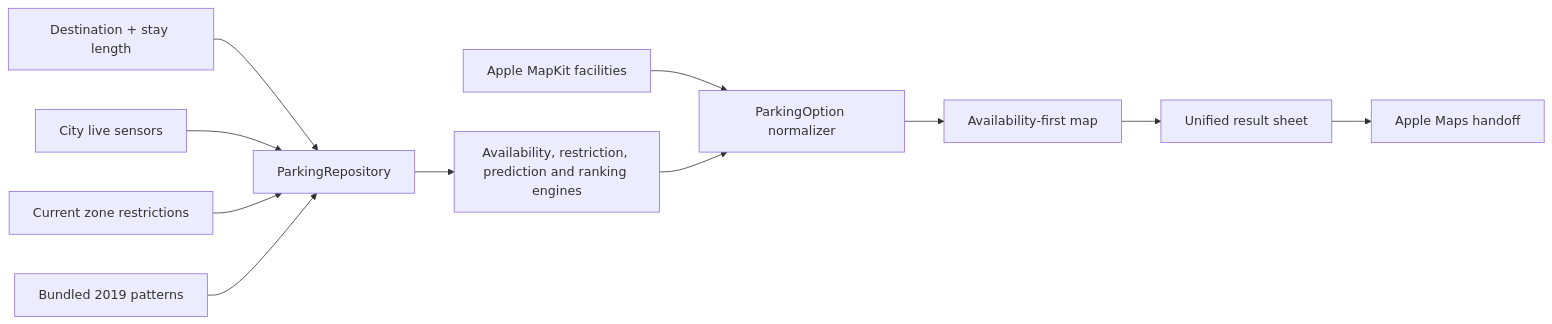
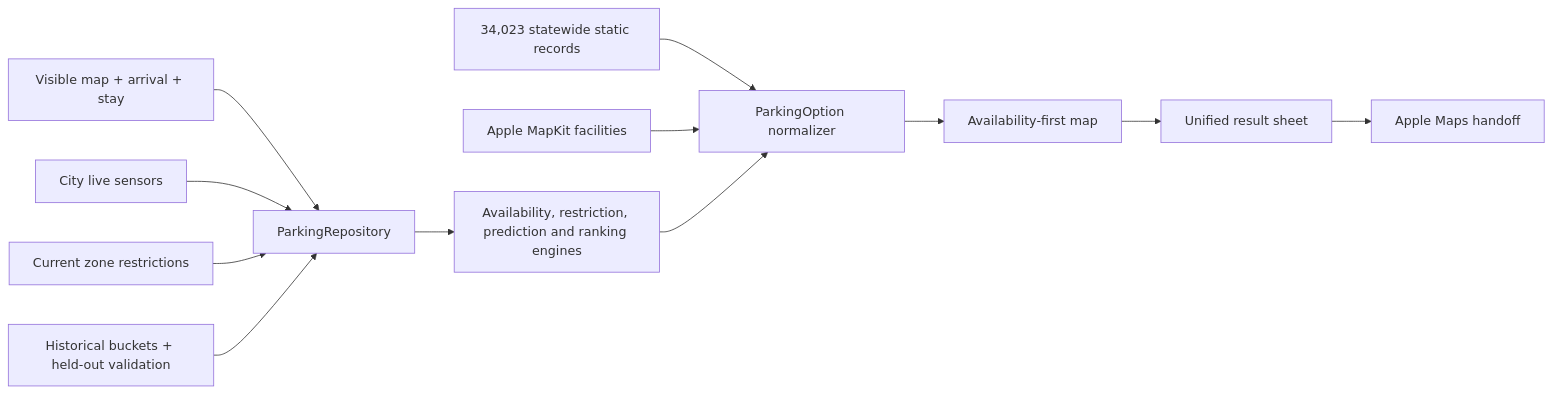
The diagram in README.md (OpenRenderKit/ParkAlong), drawn with Mermaid before and after one commit. The commit also changed other lines of this file and 45 other files, not shown here.

````diff
--- a/README.md
+++ b/README.md
@@ -78,13 +79,14 @@
 ```mermaid
 flowchart LR
-    Destination["Destination + stay length"] --> Repository["ParkingRepository"]
+    Destination["Visible map + arrival + stay"] --> Repository["ParkingRepository"]
     Sensors["City live sensors"] --> Repository
     Signs["Current zone restrictions"] --> Repository
-    History["Bundled 2019 patterns"] --> Repository
+    History["Historical buckets + held-out validation"] --> Repository
+    Catalog["34,023 statewide static records"] --> Normalizer
     MapKit["Apple MapKit facilities"] --> Normalizer["ParkingOption normalizer"]
     Repository --> Engines["Availability, restriction, prediction and ranking engines"]
     Engines --> Normalizer
     Normalizer --> Map["Availability-first map"]
     Map --> Sheet["Unified result sheet"]
     Sheet --> Maps["Apple Maps handoff"]
 ```
````
